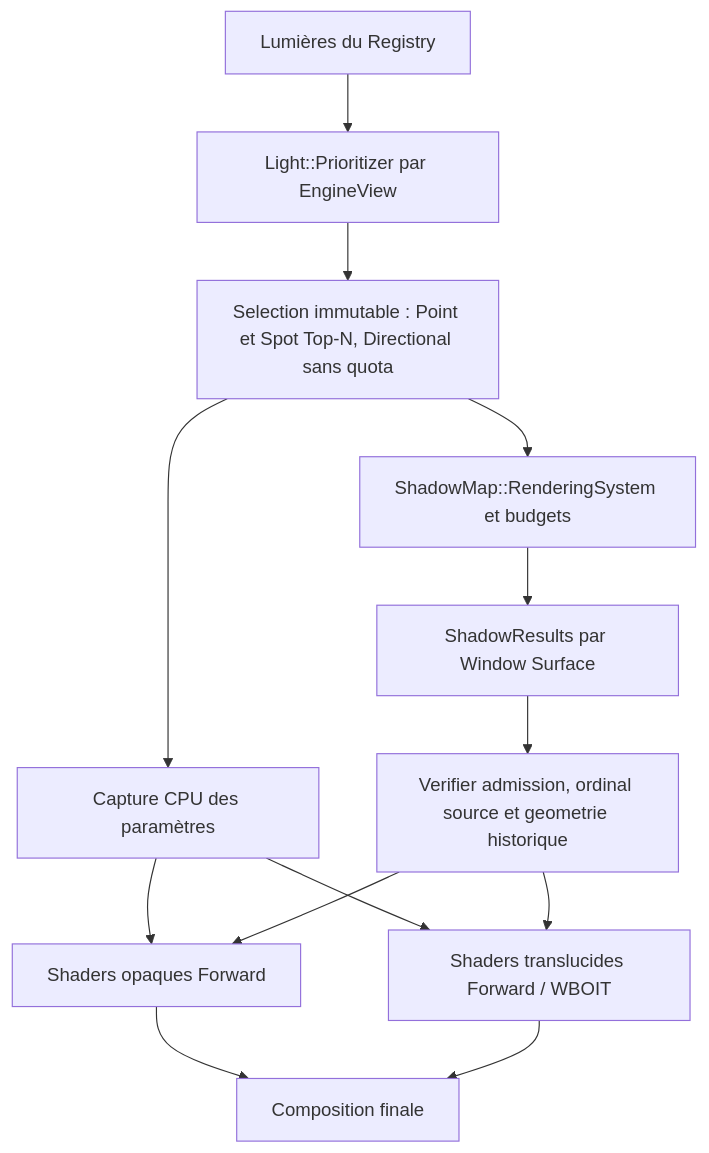
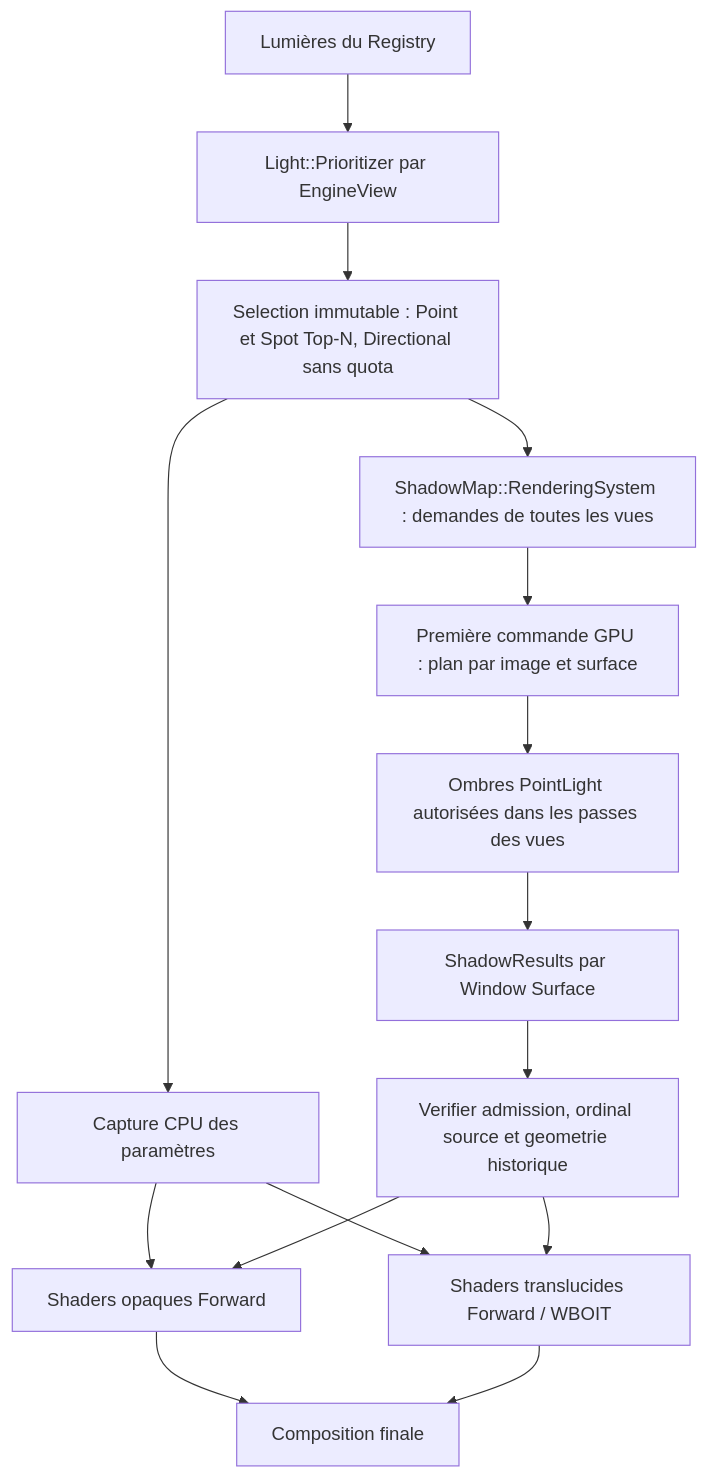
One commit to EreliaStudio/Sparkle changed the first of 3 diagrams in docs/voxel-engine-v0.1.4/09-pipeline-gpu-transparence.md. Above: the diagram before and after it, drawn with Mermaid. The commit also changed other lines of this file, not shown here.

Commit message:
docs(v0.1.4): validate global point shadow rebuild planning Q-ARCH-002

````diff
--- a/docs/voxel-engine-v0.1.4/09-pipeline-gpu-transparence.md
+++ b/docs/voxel-engine-v0.1.4/09-pipeline-gpu-transparence.md
@@ -37,15 +39,17 @@
 ```mermaid
 flowchart TD
   L["Lumières du Registry"] --> P["Light::Prioritizer par EngineView"]
   P --> S["Selection immutable : Point et Spot Top-N, Directional sans quota"]
   S --> C["Capture CPU des paramètres"]
   C --> O["Shaders opaques Forward"]
   C --> W["Shaders translucides Forward / WBOIT"]
-  S --> SH["ShadowMap::RenderingSystem et budgets"]
-  SH --> R["ShadowResults par Window Surface"]
+  S --> SH["ShadowMap::RenderingSystem : demandes de toutes les vues"]
+  SH --> Prep["Première commande GPU : plan par image et surface"]
+  Prep --> Passes["Ombres PointLight autorisées dans les passes des vues"]
+  Passes --> R["ShadowResults par Window Surface"]
   R --> G["Verifier admission, ordinal source et geometrie historique"]
   G --> O
   G --> W
   O --> F["Composition finale"]
   W --> F
 ```
````
